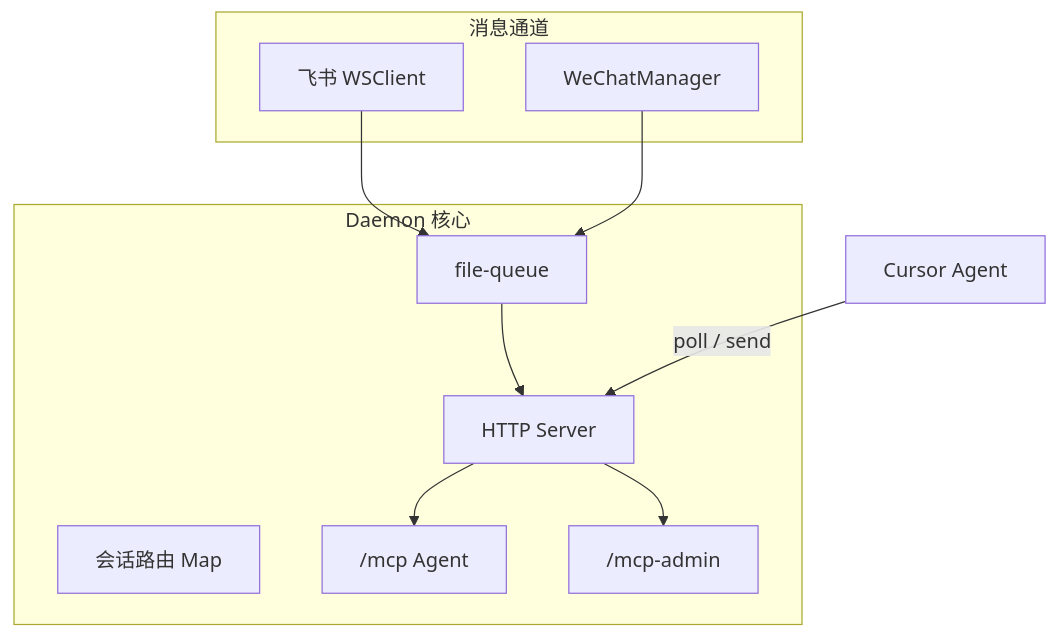
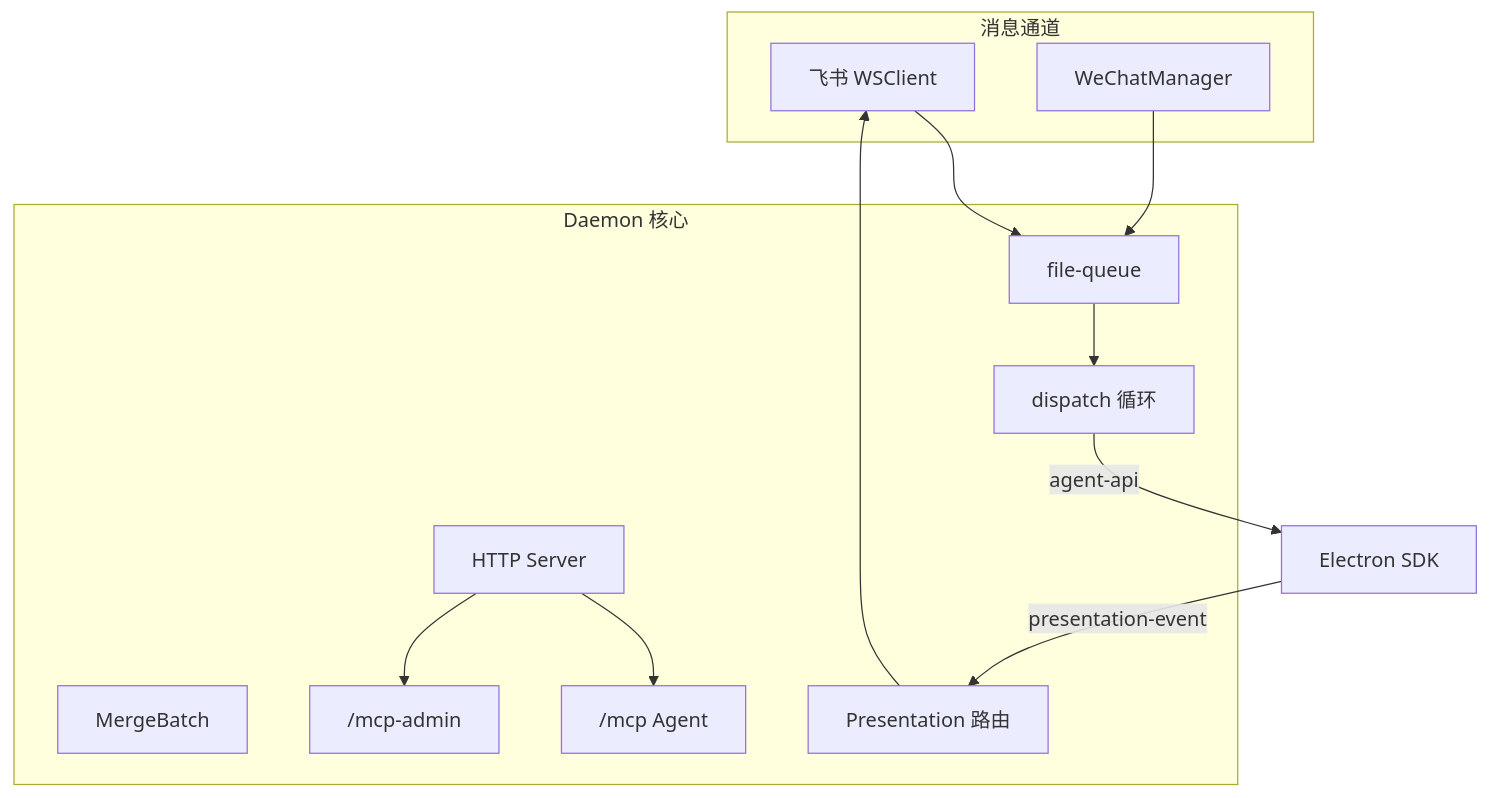
One commit to lk-eternal/cursor-claw changed the first of 3 diagrams in knowledge/工程平台/Daemon守护进程/01-概览.md. Above: the diagram before and after it, drawn with Mermaid. The commit also changed other lines of this file and 33 other files, not shown here.

````diff
--- a/knowledge/工程平台/Daemon守护进程/01-概览.md
+++ b/knowledge/工程平台/Daemon守护进程/01-概览.md
@@ -9,20 +9,24 @@
 ```mermaid
 flowchart TB
   subgraph channels [消息通道]
     FS[飞书 WSClient]
     WX[WeChatManager]
   end
   subgraph core [Daemon 核心]
     FQ[file-queue]
-    RT[会话路由 Map]
+    MB[MergeBatch]
+    PE[Presentation 路由]
+    DIS[dispatch 循环]
     HTTP[HTTP Server]
     MCP1["/mcp Agent"]
     MCP2["/mcp-admin"]
   end
   FS --> FQ
   WX --> FQ
-  FQ --> HTTP
+  FQ --> DIS
+  DIS -->|agent-api| EP[Electron SDK]
+  EP -->|presentation-event| PE
+  PE --> FS
   HTTP --> MCP1
   HTTP --> MCP2
-  Agent[Cursor Agent] -->|poll / send| HTTP
 ```
````
